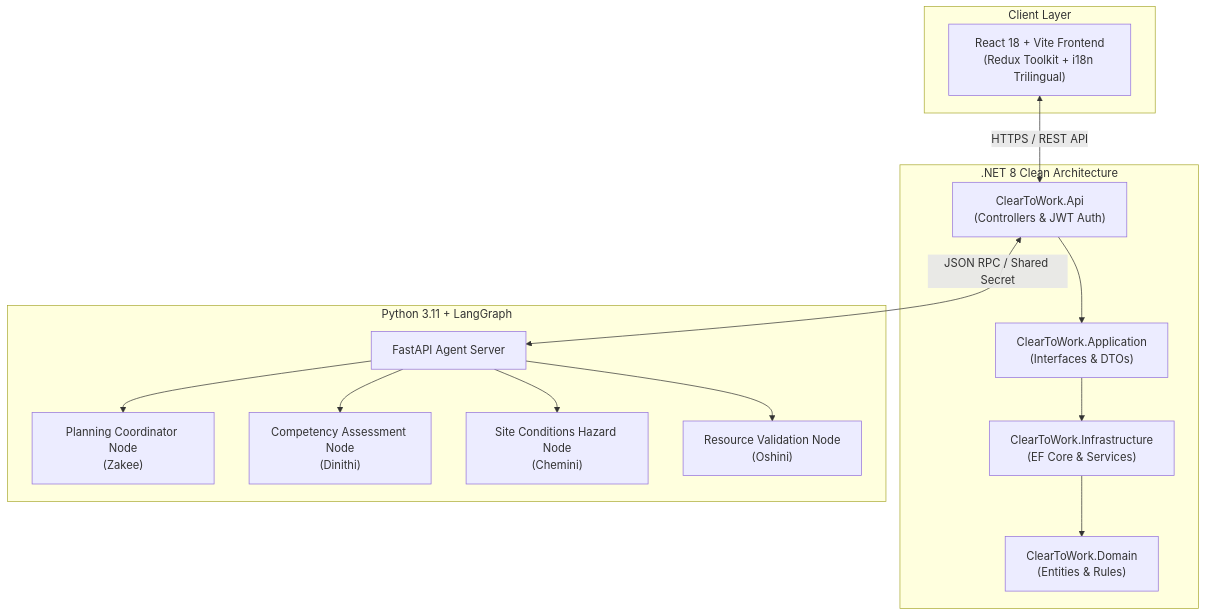
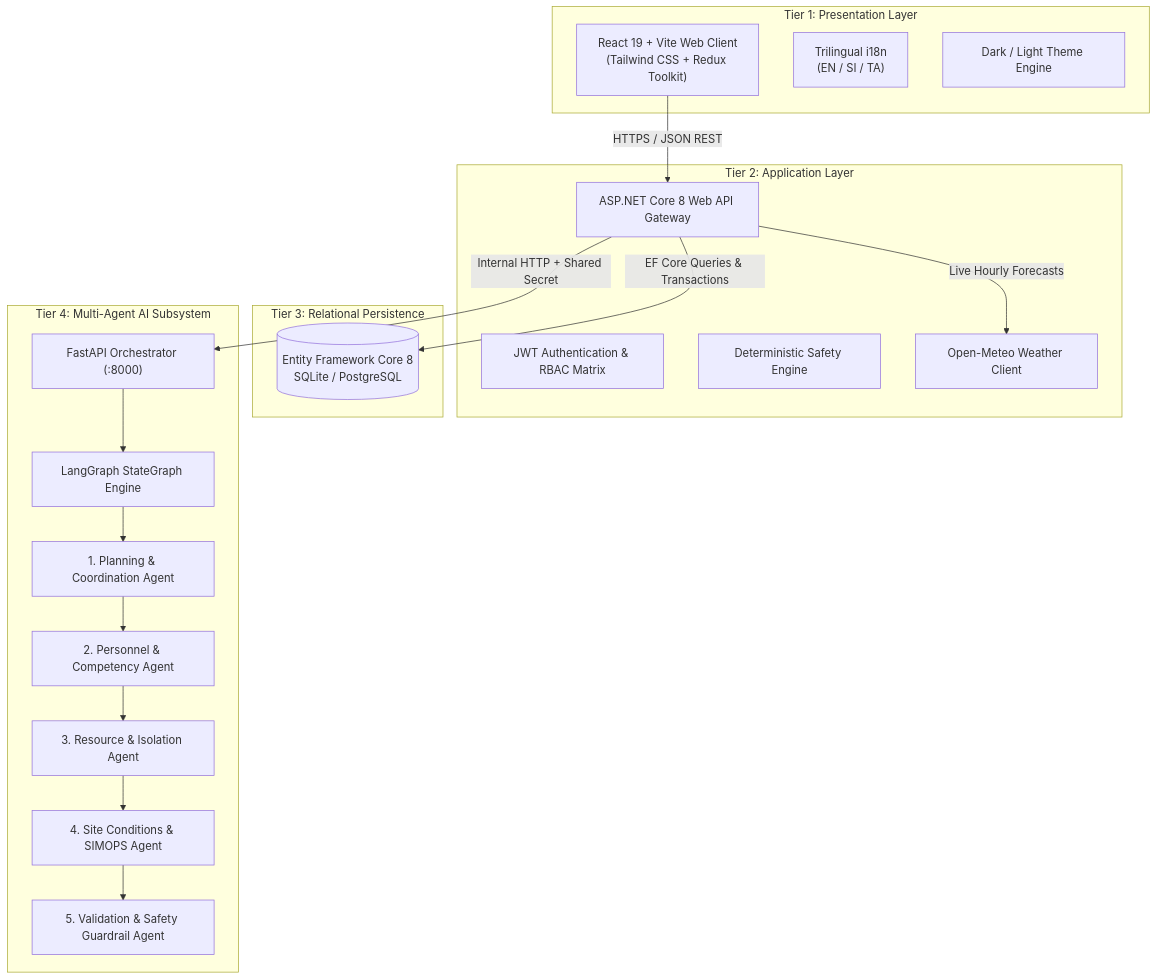
One commit to IT24104023/ClearToWork changed the first of 2 diagrams in README.md. Above: the diagram before and after it, drawn with Mermaid. The commit also changed other lines of this file and 66 other files, not shown here.

Commit message:
feat(ui,docs): restore exact web frontend and project README from ClearToWork-Main

````diff
--- a/README.md
+++ b/README.md
@@ -51,29 +108,36 @@
 ```mermaid
 graph TD
-    subgraph Client Layer
-        UI["React 18 + Vite Frontend\n(Redux Toolkit + i18n Trilingual)"]
+    subgraph Tier 1: Presentation Layer
+        UI["React 19 + Vite Web Client<br/>(Tailwind CSS + Redux Toolkit)"]
+        i18n["Trilingual i18n<br/>(EN / SI / TA)"]
+        Theme["Dark / Light Theme Engine"]
     end
 
-    subgraph Core API Layer [.NET 8 Clean Architecture]
-        API["ClearToWork.Api\n(Controllers & JWT Auth)"]
-        APP["ClearToWork.Application\n(Interfaces & DTOs)"]
-        INF["ClearToWork.Infrastructure\n(EF Core & Services)"]
-        DOM["ClearToWork.Domain\n(Entities & Rules)"]
+    subgraph Tier 2: Application Layer
+        API["ASP.NET Core 8 Web API Gateway"]
+        Auth["JWT Authentication & RBAC Matrix"]
+        Rules["Deterministic Safety Engine"]
+        WeatherClient["Open-Meteo Weather Client"]
     end
 
-    subgraph AI Orchestration Layer [Python 3.11 + LangGraph]
-        SERVER["FastAPI Agent Server"]
-        PLANNING["Planning Coordinator Node\n(Zakee)"]
-        COMPETENCY["Competency Assessment Node\n(Dinithi)"]
-        HAZARD["Site Conditions Hazard Node\n(Chemini)"]
-        VALIDATION["Resource Validation Node\n(Oshini)"]
+    subgraph Tier 3: Relational Persistence
+        DB[("Entity Framework Core 8<br/>SQLite / PostgreSQL")]
     end
 
-    UI <-->|HTTPS / REST API| API
-    API --> APP --> INF --> DOM
-    API <-->|JSON RPC / Shared Secret| SERVER
-    SERVER --> PLANNING
-    SERVER --> COMPETENCY
-    SERVER --> HAZARD
-    SERVER --> VALIDATION
+    subgraph Tier 4: Multi-Agent AI Subsystem
+        FastAPI["FastAPI Orchestrator (:8000)"]
+        LG["LangGraph StateGraph Engine"]
+        A1["1. Planning & Coordination Agent"]
+        A2["2. Personnel & Competency Agent"]
+        A3["3. Resource & Isolation Agent"]
+        A4["4. Site Conditions & SIMOPS Agent"]
+        A5["5. Validation & Safety Guardrail Agent"]
+    end
+
+    UI -->|HTTPS / JSON REST| API
+    API -->|EF Core Queries & Transactions| DB
+    API -->|Internal HTTP + Shared Secret| FastAPI
+    API -->|Live Hourly Forecasts| WeatherClient
+    FastAPI --> LG
+    LG --> A1 --> A2 --> A3 --> A4 --> A5
 ```
````
